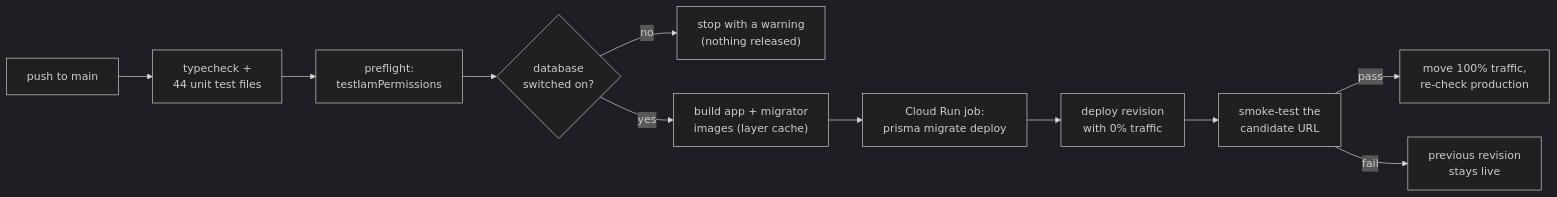
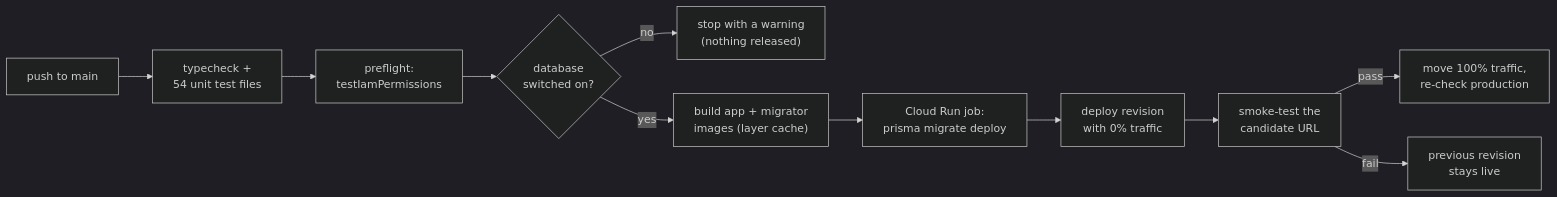
Before and after one commit to baldan555/gatherinsight-platform: the second of 2 diagrams in README.md, drawn with Mermaid (dark theme). The commit also changed 1 other file, not shown here.

Commit message:
Pipeline mirror: 54 unit test files

````diff
--- a/README.md
+++ b/README.md
@@ -64,13 +64,13 @@
 ```mermaid
 flowchart LR
-  push["push to main"] --> verify["typecheck +<br/>44 unit test files"]
+  push["push to main"] --> verify["typecheck +<br/>54 unit test files"]
   verify --> pre["preflight:<br/>testIamPermissions"]
   pre --> db{"database<br/>switched on?"}
   db -->|no| skip["stop with a warning<br/>(nothing released)"]
   db -->|yes| build["build app + migrator<br/>images (layer cache)"]
   build --> mig["Cloud Run job:<br/>prisma migrate deploy"]
   mig --> cand["deploy revision<br/>with 0% traffic"]
   cand --> smoke["smoke-test the<br/>candidate URL"]
   smoke -->|pass| promote["move 100% traffic,<br/>re-check production"]
   smoke -->|fail| keep["previous revision<br/>stays live"]
 ```
````
